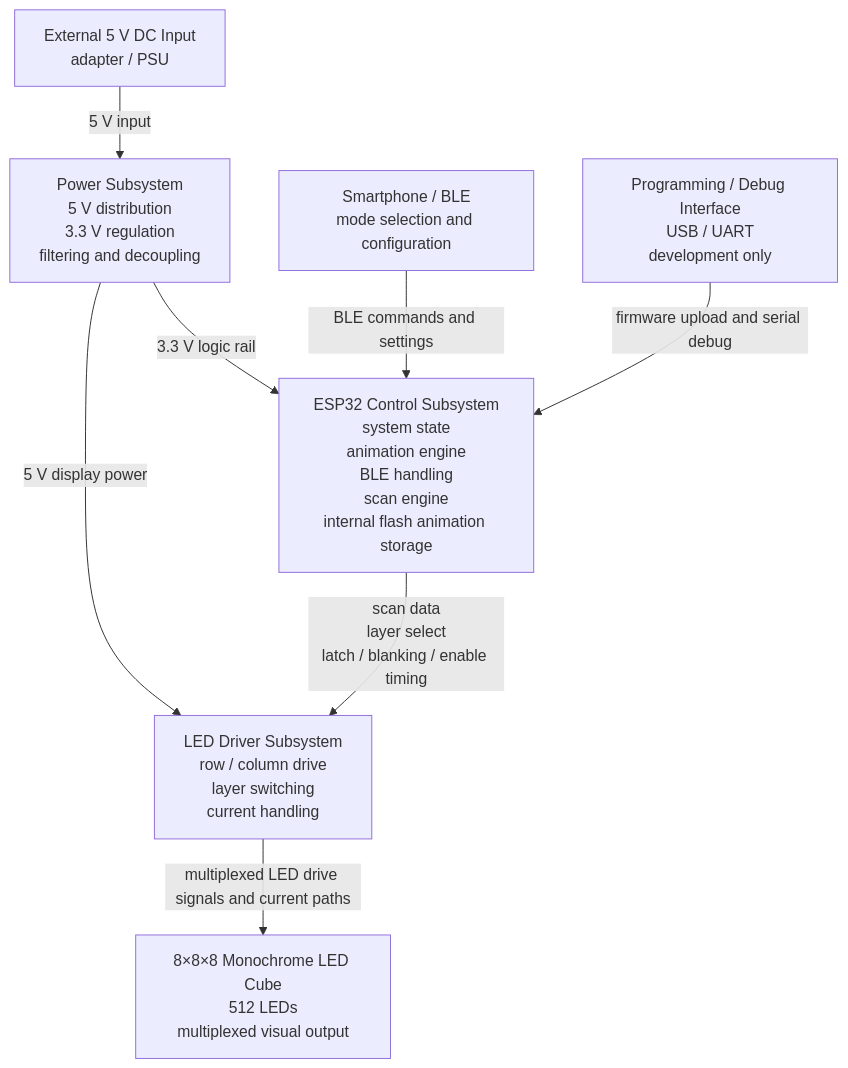
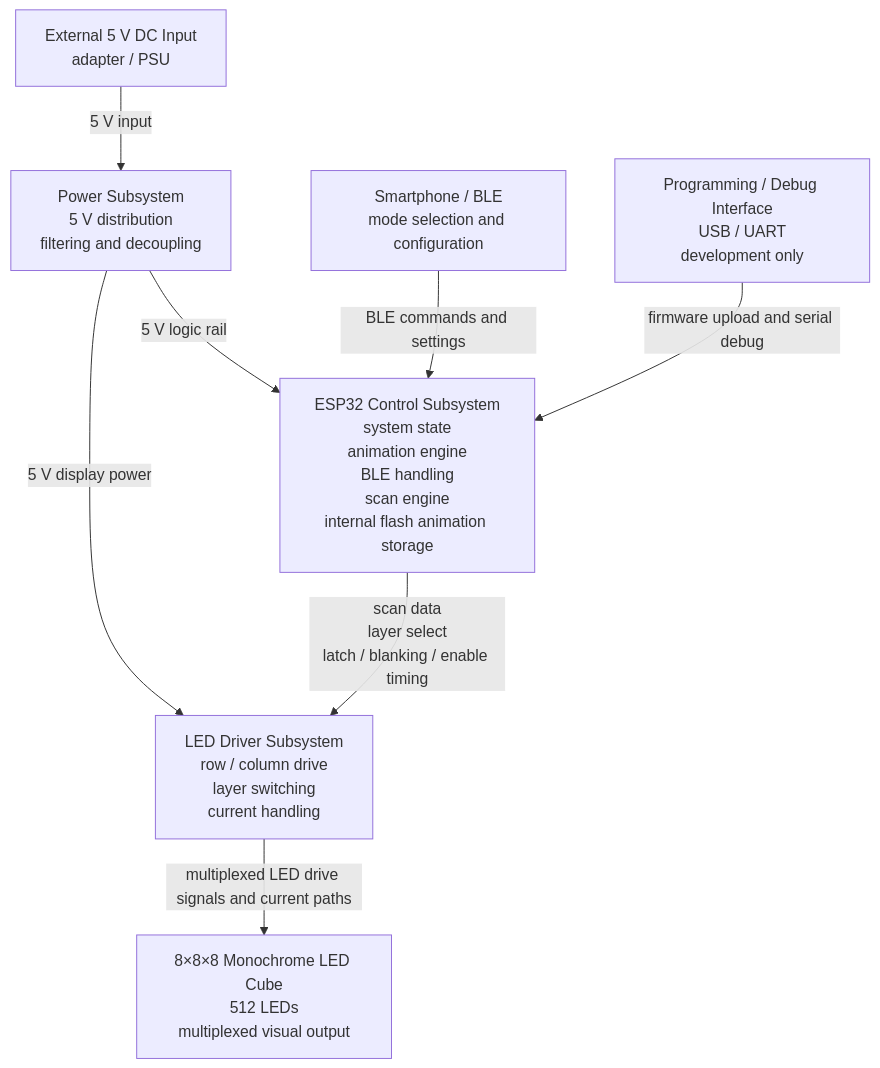
The diagram in docs/00_overview/system-architecture.md (INiKkEI/led-cube-8x8x8), drawn with Mermaid before and after one commit.

````diff
--- a/docs/00_overview/system-architecture.md
+++ b/docs/00_overview/system-architecture.md
@@ -46,20 +46,20 @@
 ```mermaid
 flowchart TD
     USER[Smartphone / BLE<br/>mode selection and configuration]
     VIN[External 5 V DC Input<br/>adapter / PSU]
-    PWR[Power Subsystem<br/>5 V distribution<br/>3.3 V regulation<br/>filtering and decoupling]
+    PWR[Power Subsystem<br/>5 V distribution<br/>filtering and decoupling]
     MCU[ESP32 Control Subsystem<br/>system state<br/>animation engine<br/>BLE handling<br/>scan engine<br/>internal flash animation storage]
     DBG[Programming / Debug Interface<br/>USB / UART<br/>development only]
     DRV[LED Driver Subsystem<br/>row / column drive<br/>layer switching<br/>current handling]
     CUBE[8×8×8 Monochrome LED Cube<br/>512 LEDs<br/>multiplexed visual output]
 
     VIN -->|5 V input| PWR
-    PWR -->|3.3 V logic rail| MCU
+    PWR -->|5 V logic rail| MCU
     PWR -->|5 V display power| DRV
 
     USER -->|BLE commands and settings| MCU
     DBG -->|firmware upload and serial debug| MCU
 
     MCU -->|scan data<br/>layer select<br/>latch / blanking / enable timing| DRV
     DRV -->|multiplexed LED drive signals and current paths| CUBE
 ```
````
